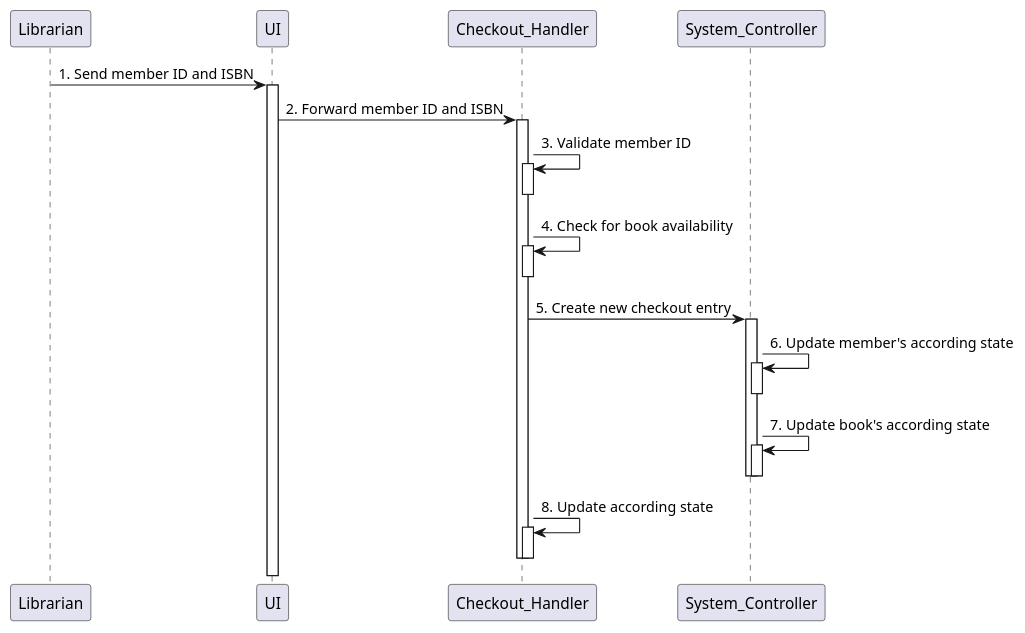
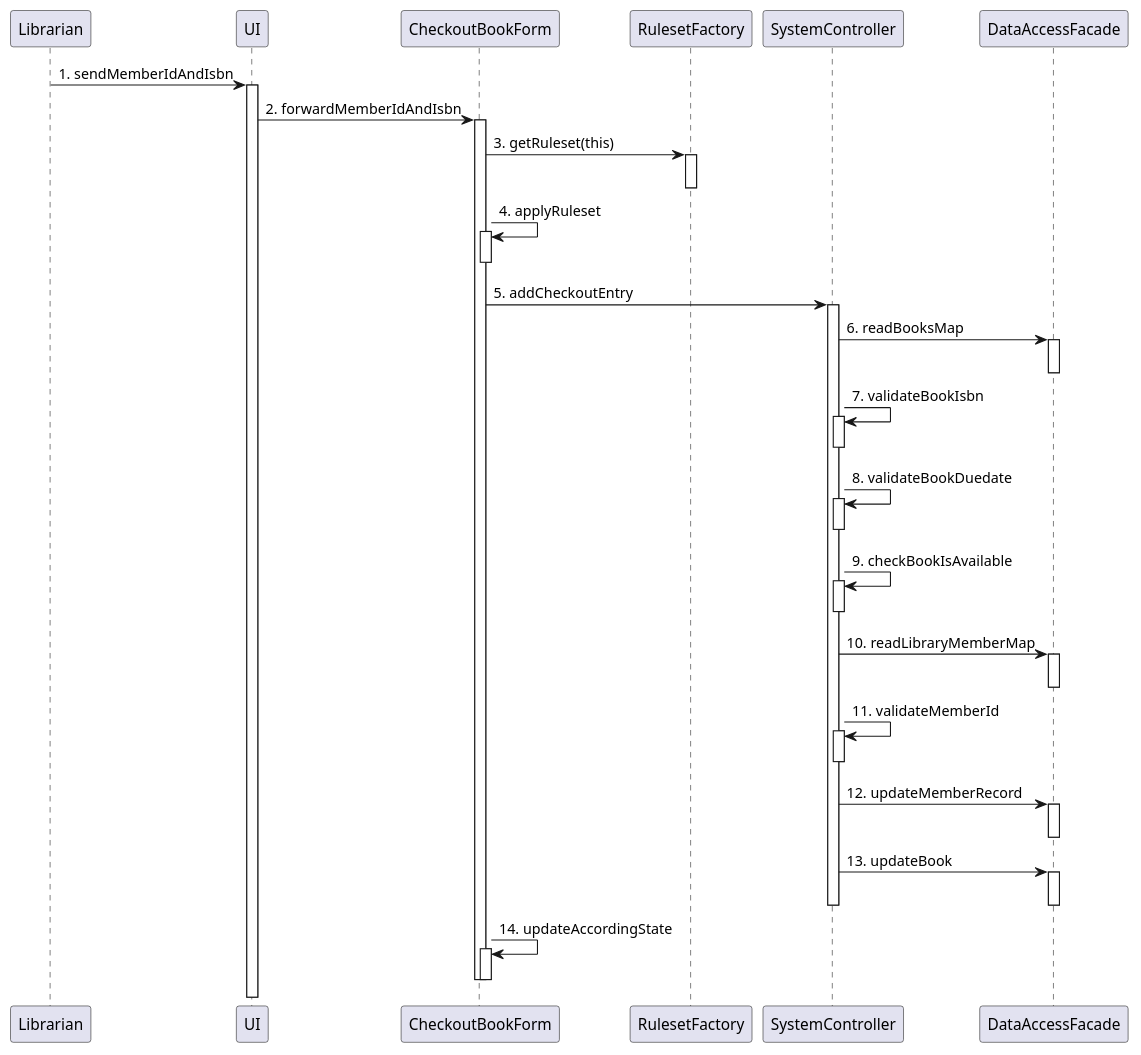
One commit to vohoangxuan/LibraryProject changed the diagram in doc/UC3_seq.puml. Above: the diagram before and after it, drawn with PlantUML. The commit also changed 11 other files, not shown here.

```diff
--- a/doc/UC3_seq.puml
+++ b/doc/UC3_seq.puml
@@ -1,27 +1,45 @@
 @startuml
 participant Librarian
 
-Librarian -> UI: 1. Send member ID and ISBN
+Librarian -> UI: 1. sendMemberIdAndIsbn
 activate UI
-UI -> Checkout_Handler: 2. Forward member ID and ISBN
-activate Checkout_Handler
-Checkout_Handler -> Checkout_Handler: 3. Validate member ID
-activate Checkout_Handler
-deactivate Checkout_Handler
-Checkout_Handler -> Checkout_Handler: 4. Check for book availability
-activate Checkout_Handler
-deactivate Checkout_Handler
-Checkout_Handler -> System_Controller: 5. Create new checkout entry
-activate System_Controller
-System_Controller -> System_Controller: 6. Update member's according state
-activate System_Controller
-deactivate System_Controller
-System_Controller -> System_Controller: 7. Update book's according state
-activate System_Controller
-deactivate System_Controller
-deactivate System_Controller
-Checkout_Handler -> Checkout_Handler: 8. Update according state
-activate Checkout_Handler
-deactivate Checkout_Handler
-deactivate Checkout_Handler
+UI -> CheckoutBookForm: 2. forwardMemberIdAndIsbn
+activate CheckoutBookForm
+CheckoutBookForm -> RulesetFactory: 3. getRuleset(this)
+activate RulesetFactory
+deactivate RulesetFactory
+CheckoutBookForm -> CheckoutBookForm: 4. applyRuleset
+activate CheckoutBookForm
+deactivate CheckoutBookForm
+CheckoutBookForm -> SystemController: 5. addCheckoutEntry
+activate SystemController
+SystemController -> DataAccessFacade: 6. readBooksMap
+activate DataAccessFacade
+deactivate DataAccessFacade
+SystemController -> SystemController: 7. validateBookIsbn
+activate SystemController
+deactivate SystemController
+SystemController -> SystemController: 8. validateBookDuedate
+activate SystemController
+deactivate SystemController
+SystemController -> SystemController: 9. checkBookIsAvailable
+activate SystemController
+deactivate SystemController
+SystemController -> DataAccessFacade: 10. readLibraryMemberMap
+activate DataAccessFacade
+deactivate DataAccessFacade
+SystemController -> SystemController: 11. validateMemberId
+activate SystemController
+deactivate SystemController
+SystemController -> DataAccessFacade: 12. updateMemberRecord
+activate DataAccessFacade
+deactivate DataAccessFacade
+SystemController -> DataAccessFacade: 13. updateBook
+activate DataAccessFacade
+deactivate DataAccessFacade
+deactivate SystemController
+CheckoutBookForm -> CheckoutBookForm: 14. updateAccordingState
+activate CheckoutBookForm
+deactivate CheckoutBookForm
+deactivate CheckoutBookForm
 @enduml
```
